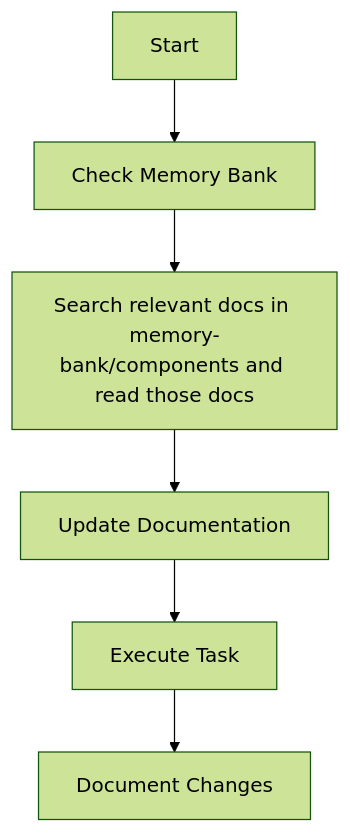
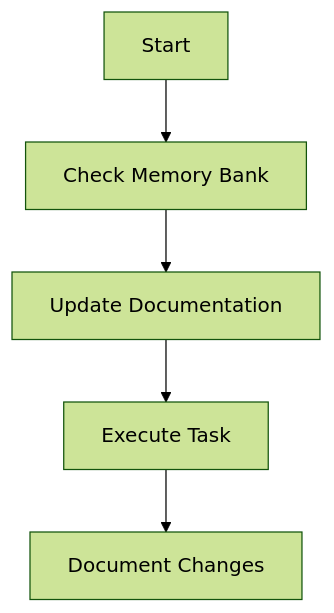
The third of 4 diagrams in .clinerules/memory-bank.md (gitpod-io/gitpod), drawn with Mermaid (forest theme) before and after one commit. The commit also changed other lines of this file and 1 other file, not shown here.

````diff
--- a/.clinerules/memory-bank.md
+++ b/.clinerules/memory-bank.md
@@ -94,8 +92,7 @@
 ```mermaid
 flowchart TD
     Start[Start] --> Context[Check Memory Bank]
-    Context --> SearchAndReadComponentDocumentation[Search relevant docs in memory-bank/components and read those docs]
-    SearchAndReadComponentDocumentation --> Update[Update Documentation]
+    Context --> Update[Update Documentation]
     Update --> Execute[Execute Task]
     Execute --> Document[Document Changes]
 ```
````
